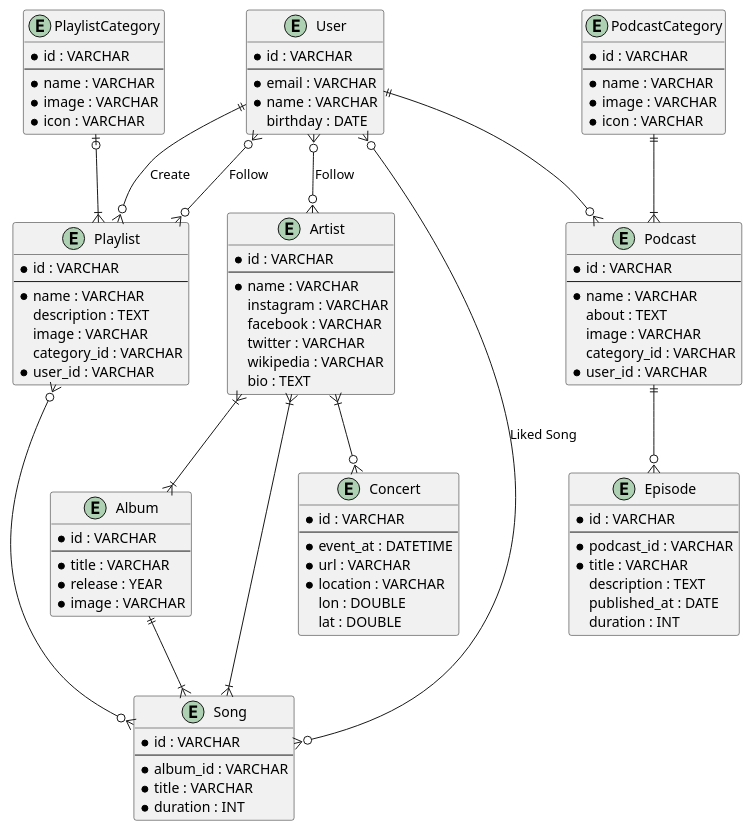
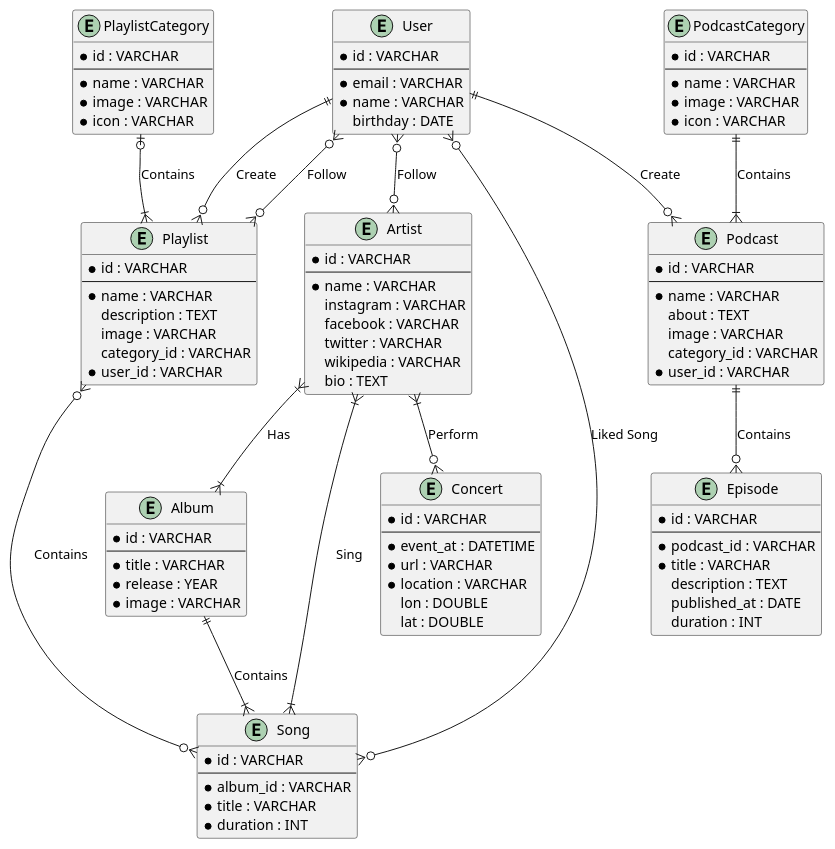
Before and after one commit to bayubagusbagaswara/design-database-spotify-clone: the diagram in src/entity.puml, drawn with PlantUML.

Commit message:
menambahkan informasi pada relasi antat table

```diff
--- a/src/entity.puml
+++ b/src/entity.puml
@@ -1,115 +1,114 @@
 @startuml
 entity Artist {
     * id : VARCHAR
     --
     * name : VARCHAR
     instagram : VARCHAR
     facebook : VARCHAR
     twitter : VARCHAR
     wikipedia : VARCHAR
     bio : TEXT
 }
 
 entity Album {
     * id : VARCHAR
     --
     * title : VARCHAR
     * release : YEAR
     * image : VARCHAR
 }
 
 entity Song {
     * id : VARCHAR
     --
     * album_id : VARCHAR
     * title : VARCHAR
     * duration : INT
 }
 
 entity PlaylistCategory {
     * id : VARCHAR
     --
     * name : VARCHAR
     * image : VARCHAR
     * icon : VARCHAR
 }
 entity Playlist{
     * id : VARCHAR
     --
     * name : VARCHAR
     description : TEXT
     image : VARCHAR
     category_id : VARCHAR
     * user_id : VARCHAR
 }
 
 entity PodcastCategory {
     * id : VARCHAR
     --
     * name : VARCHAR
     * image : VARCHAR
     * icon : VARCHAR
 }
 
  entity Podcast {
     * id : VARCHAR
     --
     * name : VARCHAR
     about : TEXT
     image : VARCHAR
     category_id : VARCHAR
     * user_id : VARCHAR
 }
 
 entity Episode {
     * id : VARCHAR
     --
     * podcast_id : VARCHAR
     * title : VARCHAR
     description : TEXT
     published_at : DATE
     duration : INT
 }
 
 entity User{
     * id : VARCHAR
     --
     * email : VARCHAR
     * name : VARCHAR
     birthday : DATE
 }
 
 entity Concert{
     * id : VARCHAR
     --
     * event_at : DATETIME
     * url : VARCHAR
     * location : VARCHAR
     lon : DOUBLE
     lat : DOUBLE
 }
 'relasi
-Artist }|--|{ Album
+Artist }|--|{ Album : Has
 'menentukan relasi Song
-Album ||--|{ Song
-Artist }|--|{ Song
+Album ||--|{ Song : Contains
+Artist }|--|{ Song : Sing
 'menentukan relasi playlist
-PlaylistCategory |o--|{ Playlist
+PlaylistCategory |o--|{ Playlist : Contains
 User ||--o{ Playlist : Create
-Playlist }o--o{ Song
+Playlist }o--o{ Song : Contains
 'relasi podcast
 'misal 1 category punya 1 podcast
-PodcastCategory ||--|{ Podcast
-User ||--o{ Podcast
+PodcastCategory ||--|{ Podcast : Contains
+User ||--o{ Podcast : Create
 'relasi episode hanya ke podcast
-Podcast ||--o{ Episode
+Podcast ||--o{ Episode : Contains
 'relasi concert
-Artist }|--o{ Concert
+Artist }|--o{ Concert : Perform
 'relasi follow artist
 User }o--o{ Artist : Follow
 'relasi like song
 User  }o--o{ Song : Liked Song
 'relasi follow playlist
 User }o--o{ Playlist : Follow
-
 @enduml
```
